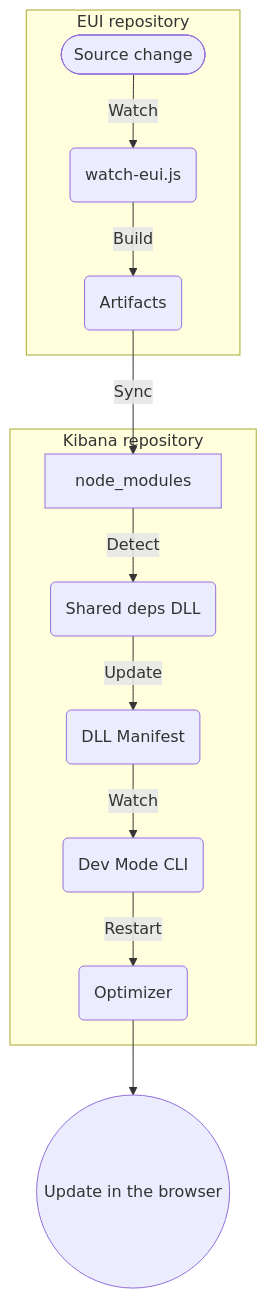
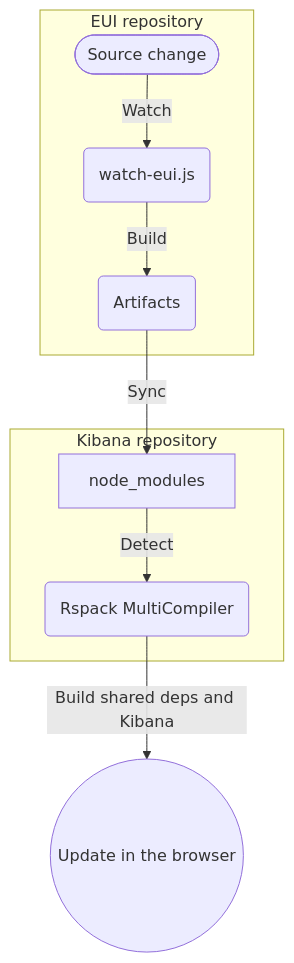
Before and after one commit to elastic/eui: the diagram in wiki/contributing-to-eui/developing/developing-in-kibana.md, drawn with Mermaid. The commit also changed other lines of this file and 3 other files, not shown here.

Commit message:
[Watch Mode] Simplify local EUI development in Kibana (#10071)

````diff
--- a/wiki/contributing-to-eui/developing/developing-in-kibana.md
+++ b/wiki/contributing-to-eui/developing/developing-in-kibana.md
@@ -114,20 +77,17 @@
 ```mermaid
 flowchart TD
     %% EUI
     subgraph EUI [EUI repository]
         Change([Source change]) --> |Watch| Script(watch-eui.js)
         Script --> |Build| Artifacts(Artifacts)
     end
 
     Artifacts --> |Sync| NodeModules[node_modules]
 
     %% Kibana
     subgraph Kibana [Kibana repository]
-        NodeModules --> |Detect| Webpack(Shared deps DLL)
-        Webpack --> |Update| Manifest(DLL Manifest)
-        Manifest --> |Watch| CLI(Dev Mode CLI)
-        CLI --> |Restart| Optimizer(Optimizer)
+        NodeModules --> |Detect| Rspack(Rspack MultiCompiler)
     end
 
-    Optimizer --> Browser((Update in the browser))
+    Rspack --> |Build shared deps and Kibana| Browser((Update in the browser))
 ```
````
